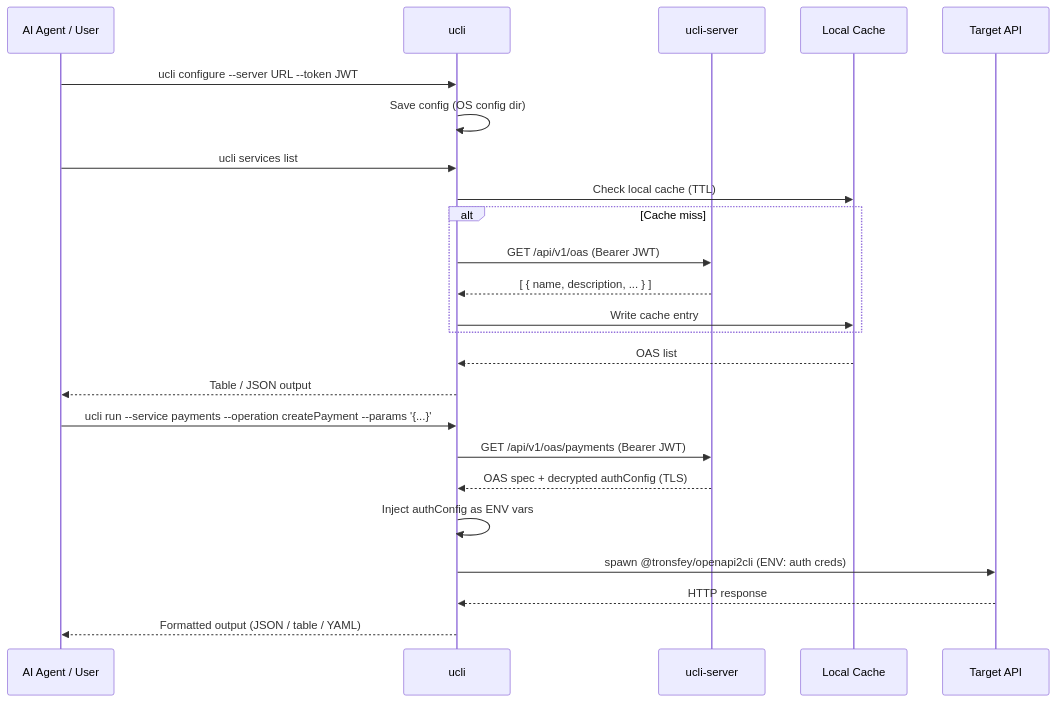
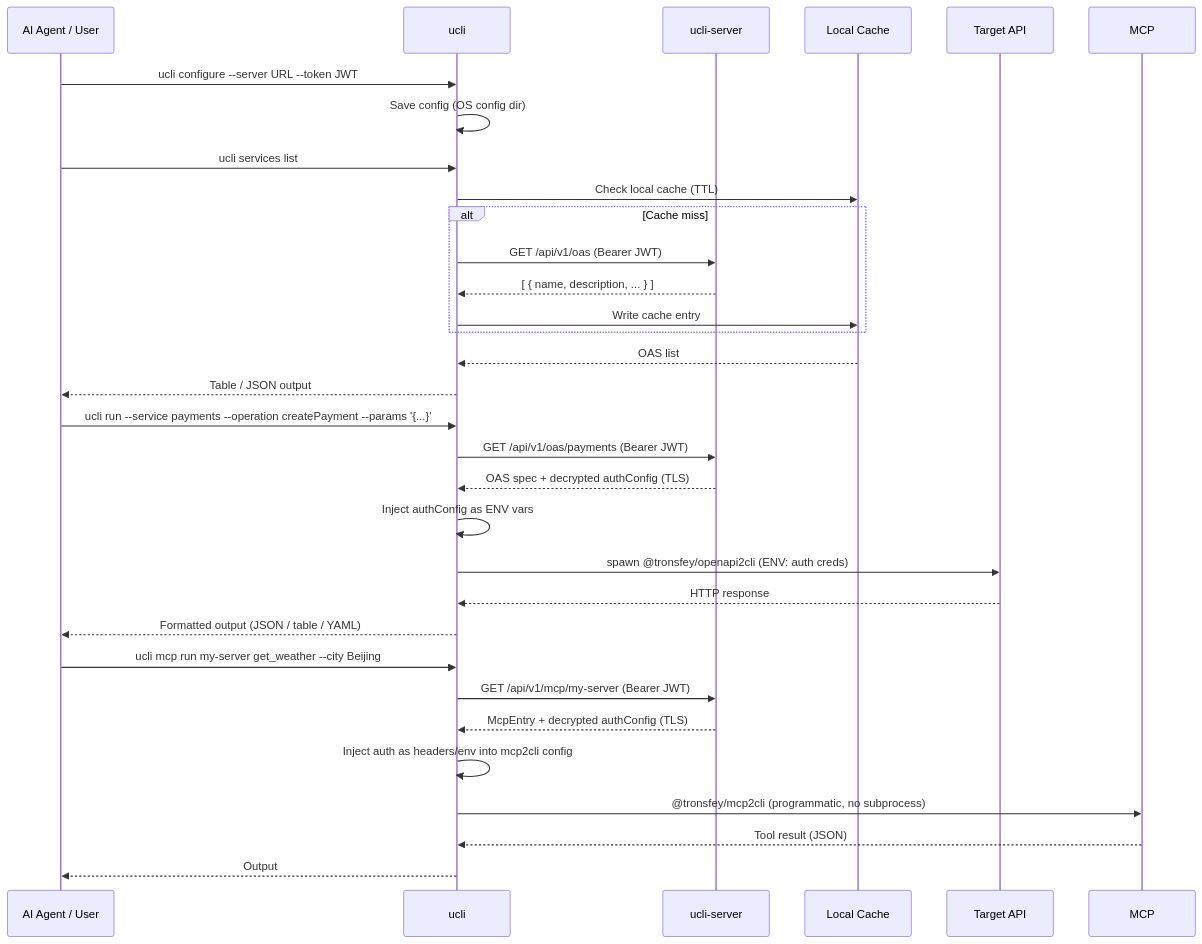
Before and after one commit to tronsfey928/ucli: the diagram in packages/cli/README.md, drawn with Mermaid. The commit also changed other lines of this file and 8 other files, not shown here.

````diff
--- a/packages/cli/README.md
+++ b/packages/cli/README.md
@@ -28,29 +29,37 @@
 ```mermaid
 sequenceDiagram
     participant Agent as AI Agent / User
     participant CLI as ucli
     participant Server as ucli-server
     participant Cache as Local Cache
     participant API as Target API
 
     Agent->>CLI: ucli configure --server URL --token JWT
     CLI->>CLI: Save config (OS config dir)
 
     Agent->>CLI: ucli services list
     CLI->>Cache: Check local cache (TTL)
     alt Cache miss
         CLI->>Server: GET /api/v1/oas  (Bearer JWT)
         Server-->>CLI: [ { name, description, ... } ]
         CLI->>Cache: Write cache entry
     end
     Cache-->>CLI: OAS list
     CLI-->>Agent: Table / JSON output
 
     Agent->>CLI: ucli run --service payments --operation createPayment --params '{...}'
     CLI->>Server: GET /api/v1/oas/payments  (Bearer JWT)
     Server-->>CLI: OAS spec + decrypted authConfig (TLS)
     CLI->>CLI: Inject authConfig as ENV vars
     CLI->>API: spawn @tronsfey/openapi2cli (ENV: auth creds)
     API-->>CLI: HTTP response
     CLI-->>Agent: Formatted output (JSON / table / YAML)
+
+    Agent->>CLI: ucli mcp run my-server get_weather --city Beijing
+    CLI->>Server: GET /api/v1/mcp/my-server (Bearer JWT)
+    Server-->>CLI: McpEntry + decrypted authConfig (TLS)
+    CLI->>CLI: Inject auth as headers/env into mcp2cli config
+    CLI->>MCP: @tronsfey/mcp2cli (programmatic, no subprocess)
+    MCP-->>CLI: Tool result (JSON)
+    CLI-->>Agent: Output
 ```
````
